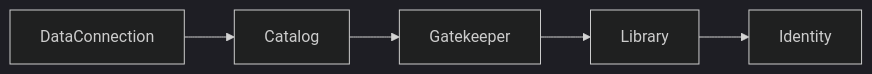
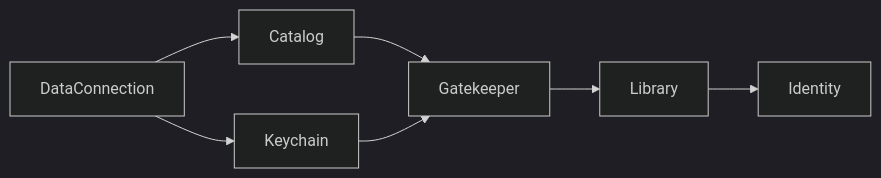
Before and after one commit to RolandTeslaru/Quarry: the third of 3 diagrams in docs/design/architecture.md, drawn with Mermaid (dark theme). The commit also changed other lines of this file and 119 other files, not shown here.

````diff
--- a/docs/design/architecture.md
+++ b/docs/design/architecture.md
@@ -512,4 +534,5 @@
 ```mermaid
 flowchart LR
     dc[DataConnection] --> catalog[Catalog] --> gatekeeper[Gatekeeper] --> library[Library] --> identity[Identity]
+    dc --> keychain[Keychain] --> gatekeeper
 ```
````
